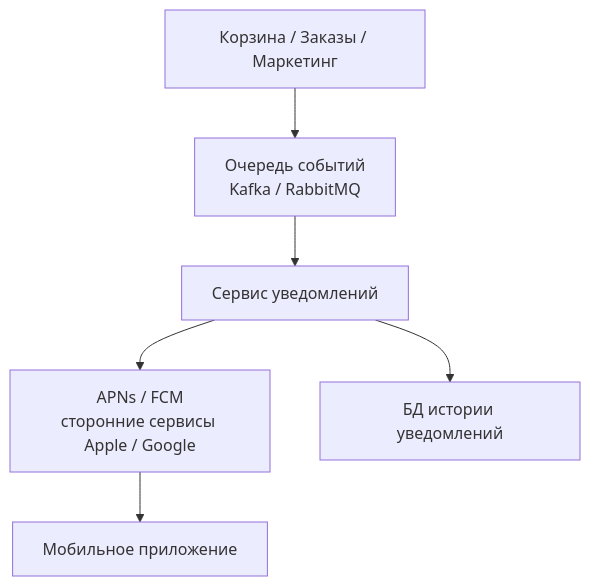
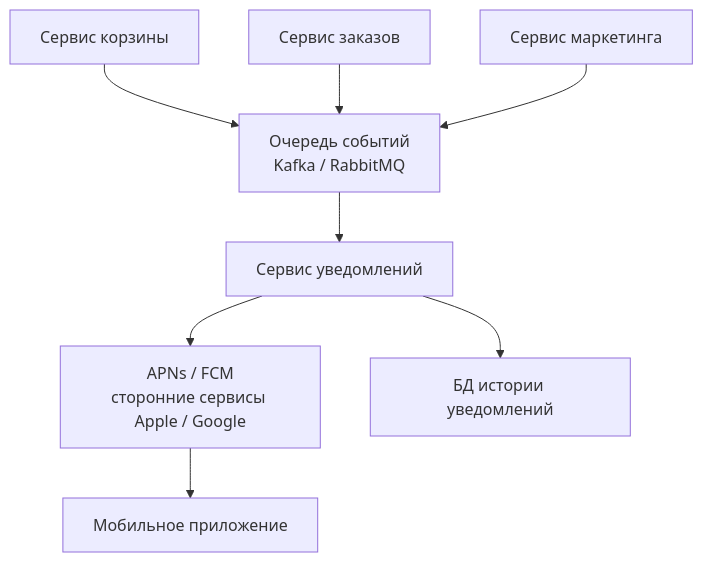
One commit to michaellu202/system-analyst-test-task changed the diagram in solution_test_task_system_analyst.md. Above: the diagram before and after it, drawn with Mermaid. The commit also changed other lines of this file, not shown here.

````diff
--- a/solution_test_task_system_analyst.md
+++ b/solution_test_task_system_analyst.md
@@ -139,12 +141,17 @@
 ```mermaid
 flowchart TD
-    A[Корзина / Заказы / Маркетинг]
+    A1[Сервис корзины]
+    A2[Сервис заказов]
+    A3[Сервис маркетинга]
     B[Очередь событий<br/>Kafka / RabbitMQ]
     C[Сервис уведомлений]
     D[APNs / FCM<br/>сторонние сервисы Apple / Google]
     E[Мобильное приложение]
     F[БД истории уведомлений]
 
-    A --> B --> C --> D --> E
+    A1 --> B
+    A2 --> B
+    A3 --> B
+    B --> C --> D --> E
     C --> F
 ```
````
